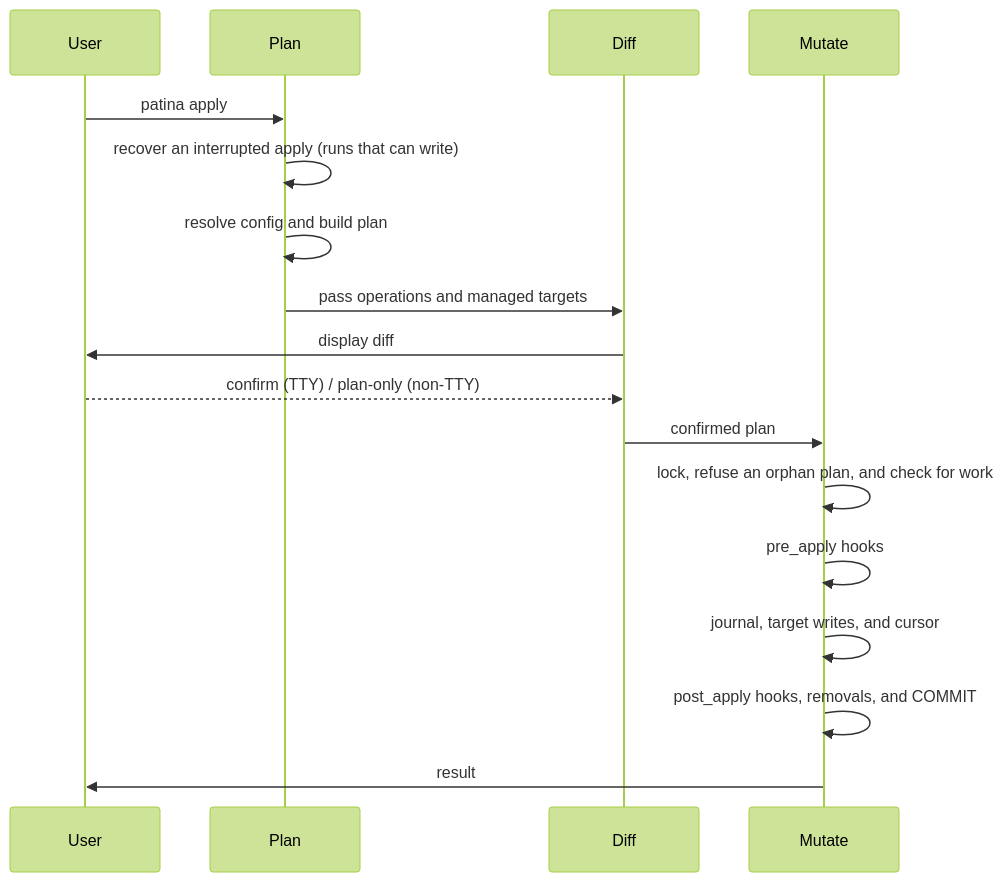
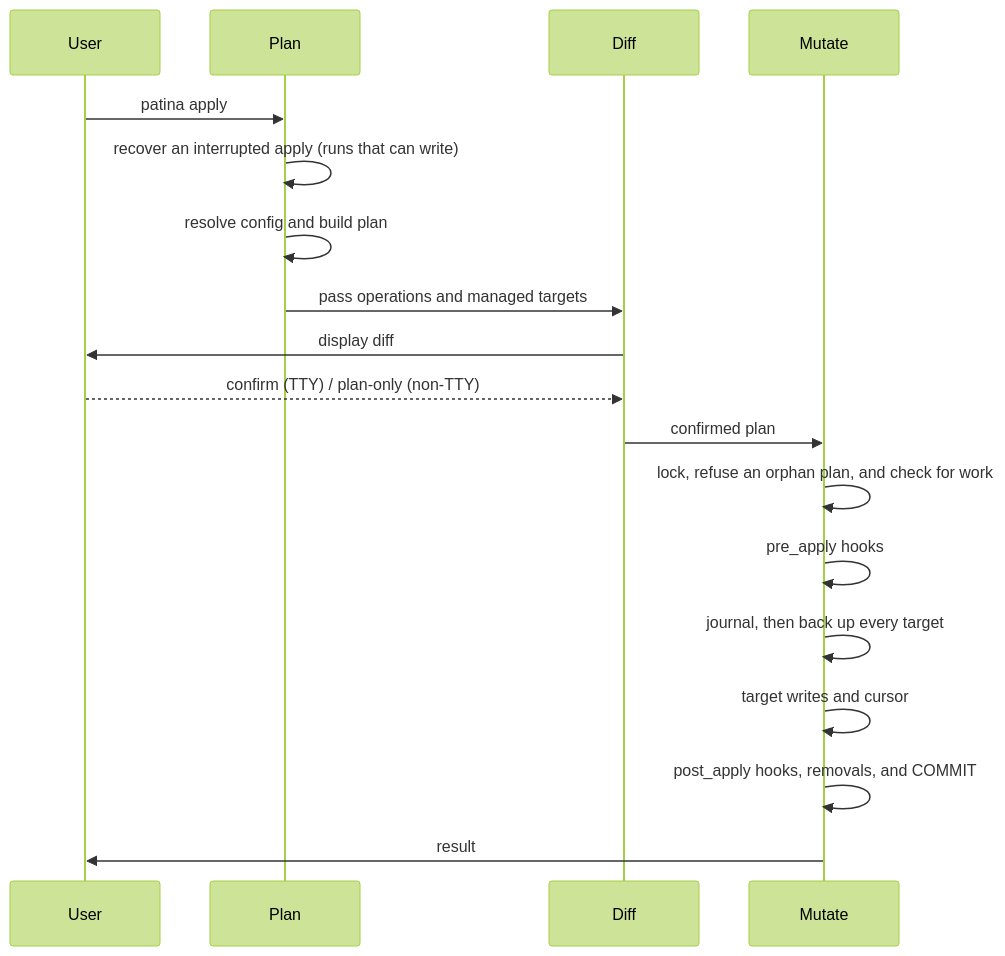
The third of 3 diagrams in docs/ARCHITECTURE.md (kvnxiao/patina), drawn with Mermaid (forest theme) before and after one commit. The commit also changed other lines of this file and 6 other files, not shown here.

````diff
--- a/docs/ARCHITECTURE.md
+++ b/docs/ARCHITECTURE.md
@@ -160,19 +160,20 @@
 ```mermaid
 sequenceDiagram
     participant U as User
     participant P as Plan
     participant D as Diff
     participant M as Mutate
     U->>P: patina apply
     P->>P: recover an interrupted apply (runs that can write)
     P->>P: resolve config and build plan
     P->>D: pass operations and managed targets
     D->>U: display diff
     U-->>D: confirm (TTY) / plan-only (non-TTY)
     D->>M: confirmed plan
     M->>M: lock, refuse an orphan plan, and check for work
     M->>M: pre_apply hooks
-    M->>M: journal, target writes, and cursor
+    M->>M: journal, then back up every target
+    M->>M: target writes and cursor
     M->>M: post_apply hooks, removals, and COMMIT
     M->>U: result
 ```
````
